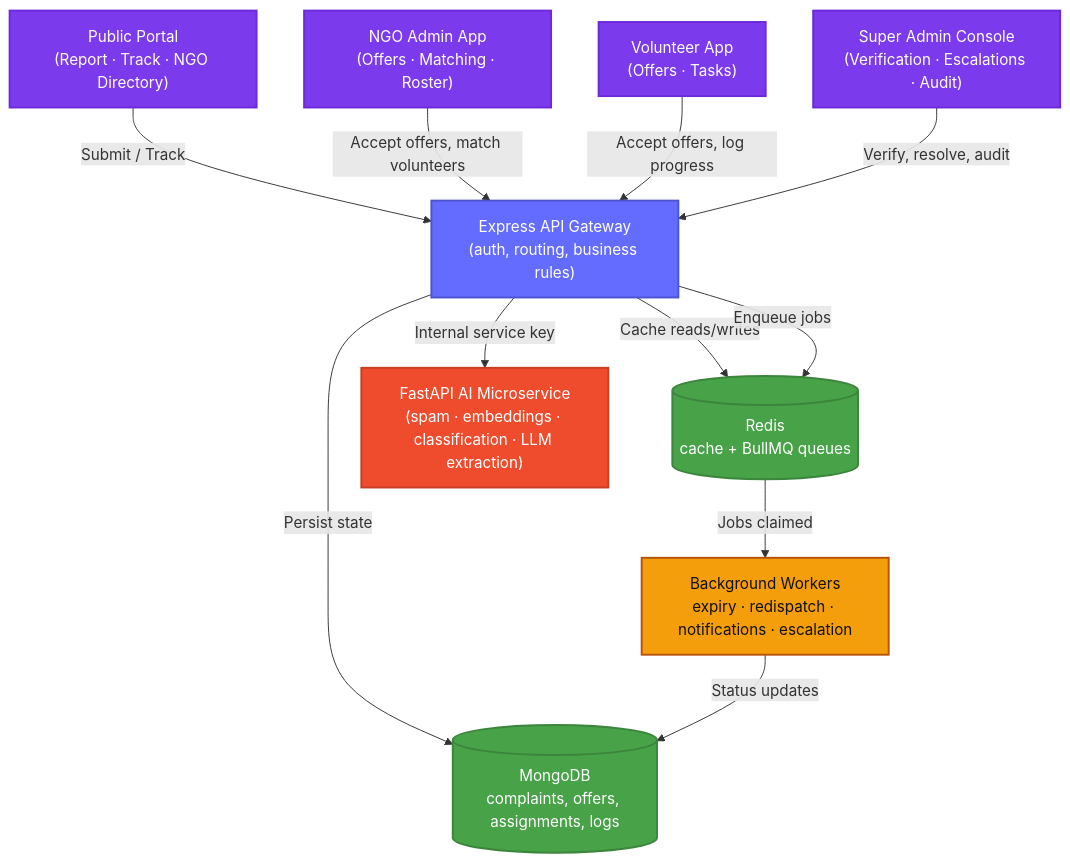
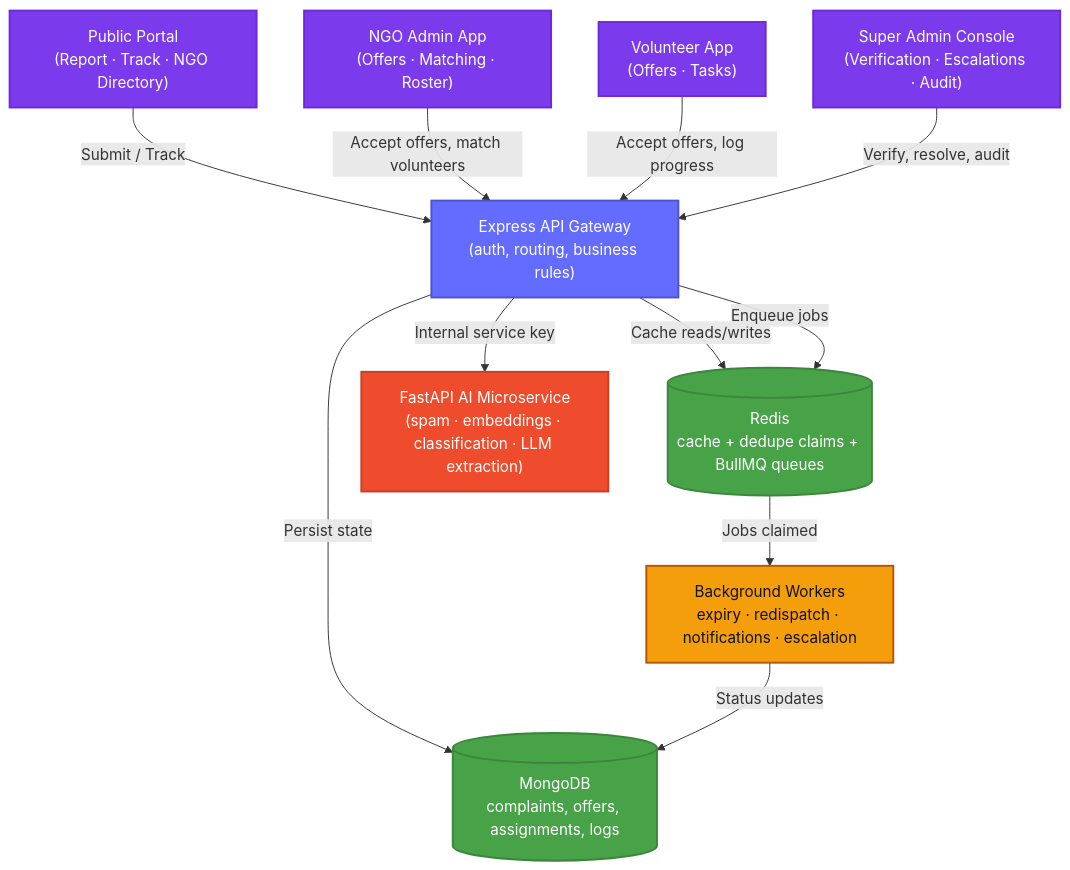
The diagram in README.md (Gauravkachwaha/ReliefSync), drawn with Mermaid before and after one commit. The commit also changed other lines of this file and 3 other files, not shown here.

````diff
--- a/README.md
+++ b/README.md
@@ -98,31 +102,31 @@
 ```mermaid
 graph TD
     classDef client fill:#7c3aed,stroke:#6d28d9,stroke-width:2px,color:#fff;
     classDef server fill:#646cff,stroke:#4d53cc,stroke-width:2px,color:#fff;
     classDef db fill:#47a248,stroke:#3b853c,stroke-width:2px,color:#fff;
     classDef ai fill:#ee4c2c,stroke:#c43f24,stroke-width:2px,color:#fff;
     classDef worker fill:#f59e0b,stroke:#b45309,stroke-width:2px,color:#111;
 
     Public["Public Portal<br/>(Report · Track · NGO Directory)"]:::client
     NgoApp["NGO Admin App<br/>(Offers · Matching · Roster)"]:::client
     VolApp["Volunteer App<br/>(Offers · Tasks)"]:::client
     AdminApp["Super Admin Console<br/>(Verification · Escalations · Audit)"]:::client
 
     API["Express API Gateway<br/>(auth, routing, business rules)"]:::server
     Mongo[("MongoDB<br/>complaints, offers, assignments, logs")]:::db
-    Redis[("Redis<br/>cache + BullMQ queues")]:::db
+    Redis[("Redis<br/>cache + dedupe claims + BullMQ queues")]:::db
     AI["FastAPI AI Microservice<br/>(spam · embeddings · classification · LLM extraction)"]:::ai
     Worker["Background Workers<br/>expiry · redispatch · notifications · escalation"]:::worker
 
     Public -->|Submit / Track| API
     NgoApp -->|Accept offers, match volunteers| API
     VolApp -->|Accept offers, log progress| API
     AdminApp -->|Verify, resolve, audit| API
 
     API -->|Persist state| Mongo
     API -->|Internal service key| AI
     API -->|Cache reads/writes| Redis
     API -->|Enqueue jobs| Redis
     Redis -->|Jobs claimed| Worker
     Worker -->|Status updates| Mongo
 ```
````
